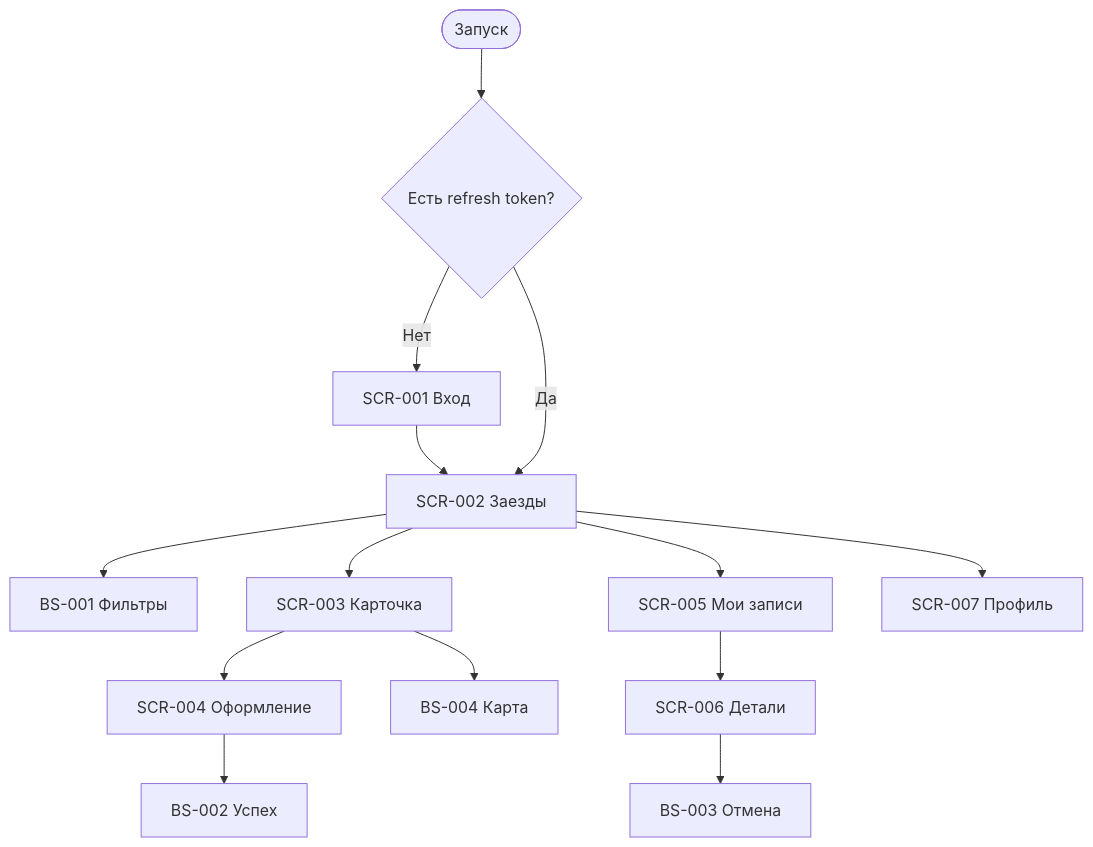
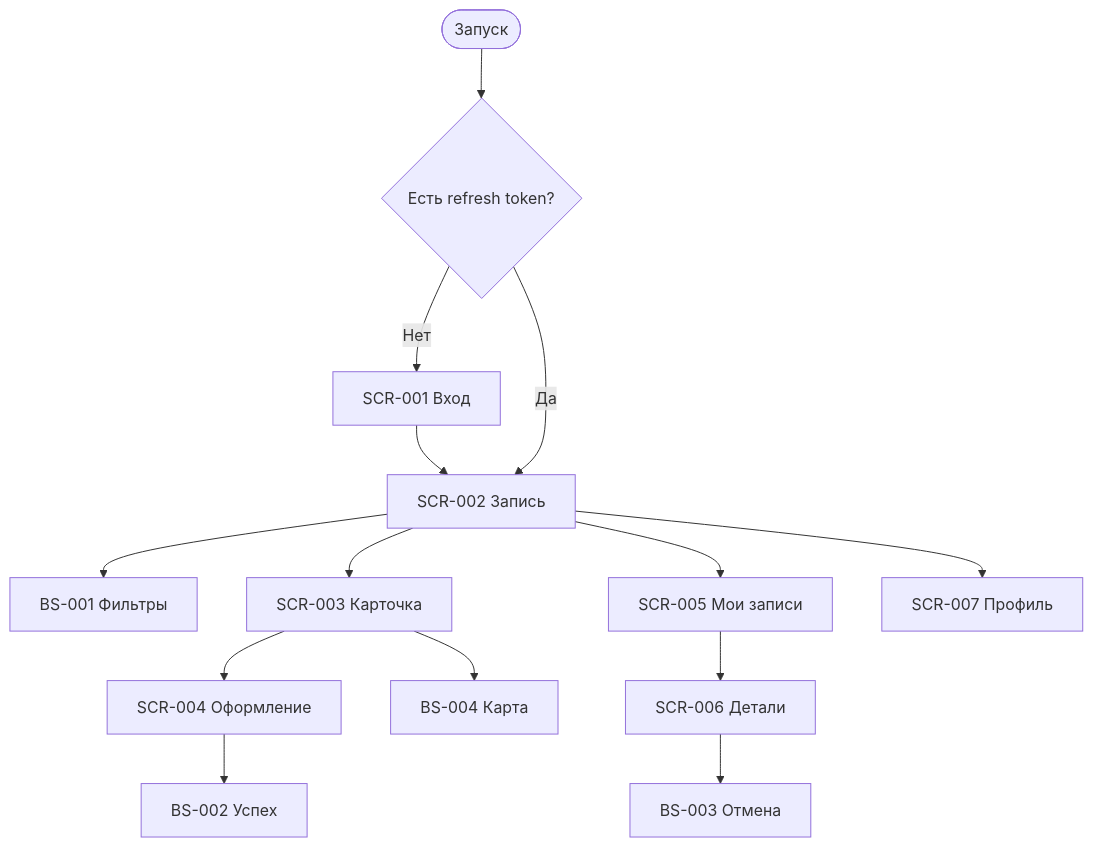
The diagram in 01-analysis/5-mobile-app-spec/feature-list.md (Asinasta/karting-center), drawn with Mermaid before and after one commit. The commit also changed other lines of this file and 29 other files, not shown here.

````diff
--- a/01-analysis/5-mobile-app-spec/feature-list.md
+++ b/01-analysis/5-mobile-app-spec/feature-list.md
@@ -9,16 +9,16 @@
 ```mermaid
 flowchart TD
   Start([Запуск]) --> Auth{Есть refresh token?}
   Auth -->|Нет| SCR001[SCR-001 Вход]
-  Auth -->|Да| SCR002[SCR-002 Заезды]
+  Auth -->|Да| SCR002[SCR-002 Запись]
   SCR001 --> SCR002
   SCR002 --> BS001[BS-001 Фильтры]
   SCR002 --> SCR003[SCR-003 Карточка]
   SCR003 --> SCR004[SCR-004 Оформление]
   SCR004 --> BS002[BS-002 Успех]
   SCR002 --> SCR005[SCR-005 Мои записи]
   SCR005 --> SCR006[SCR-006 Детали]
   SCR006 --> BS003[BS-003 Отмена]
   SCR003 --> BS004[BS-004 Карта]
   SCR002 --> SCR007[SCR-007 Профиль]
 ```
````
